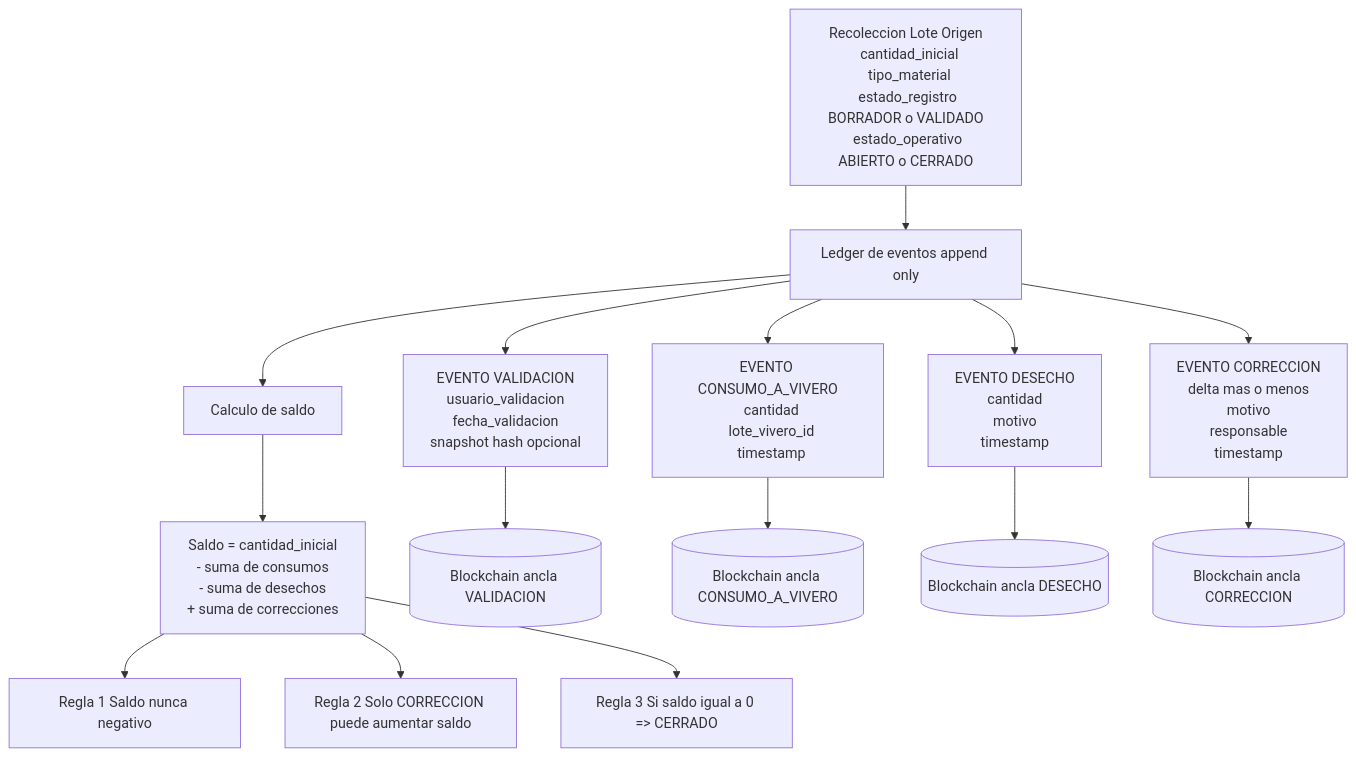
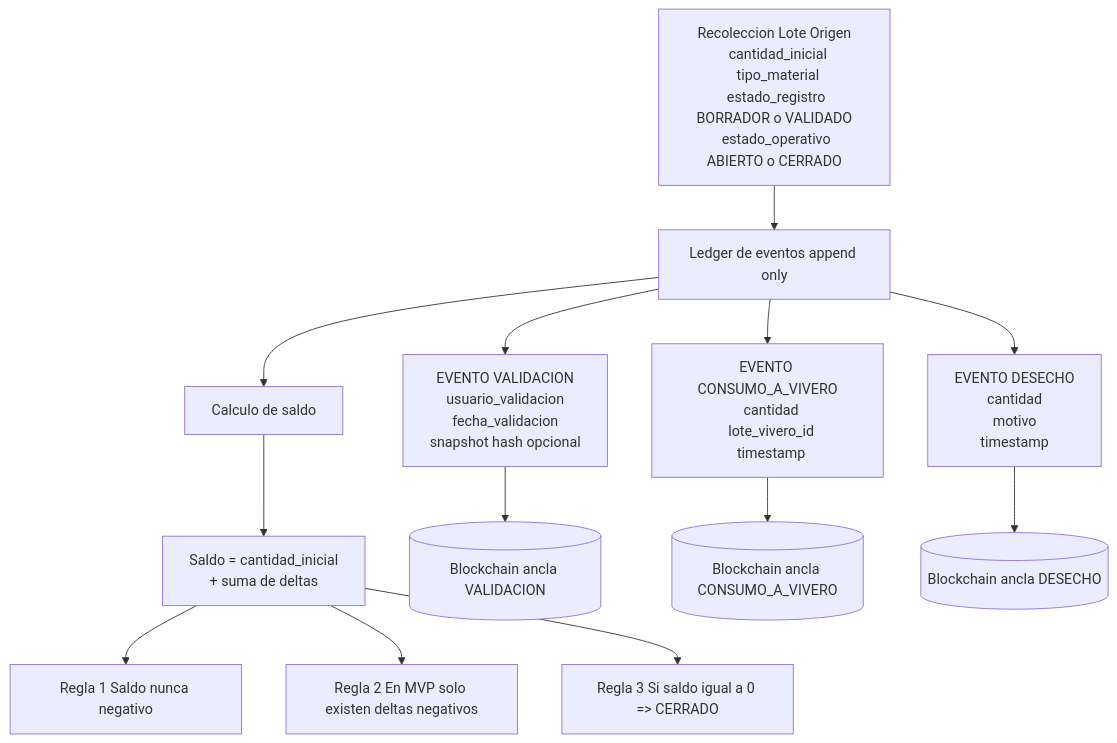
The third of 4 diagrams in recoleccion-module/03_procesos_diagrama.md (R3foresta/r3foresta-docs), drawn with Mermaid before and after one commit. The commit also changed other lines of this file and 8 other files, not shown here.

````diff
--- a/recoleccion-module/03_procesos_diagrama.md
+++ b/recoleccion-module/03_procesos_diagrama.md
@@ -191,46 +160,37 @@
 ```mermaid id="eventos_m1_recoleccion"
 flowchart TD
   a0[Recoleccion Lote Origen
   cantidad_inicial
   tipo_material
   estado_registro BORRADOR o VALIDADO
   estado_operativo ABIERTO o CERRADO] --> a1[Ledger de eventos append only]
 
   a1 --> e1[EVENTO VALIDACION
   usuario_validacion
   fecha_validacion
   snapshot hash opcional]
 
   a1 --> e2[EVENTO CONSUMO_A_VIVERO
   cantidad
   lote_vivero_id
   timestamp]
 
   a1 --> e3[EVENTO DESECHO
   cantidad
   motivo
   timestamp]
 
-  a1 --> e4[EVENTO CORRECCION
-  delta mas o menos
-  motivo
-  responsable
-  timestamp]
-
   %% Reglas de saldo
   a1 --> calc[Calculo de saldo]
   calc --> formula[Saldo = cantidad_inicial
-  - suma de consumos
-  - suma de desechos
-  + suma de correcciones]
+  + suma de deltas]
 
   formula --> rule1[Regla 1 Saldo nunca negativo]
-  formula --> rule2[Regla 2 Solo CORRECCION puede aumentar saldo]
+  formula --> rule2[Regla 2 En MVP solo existen deltas negativos]
   formula --> rule3[Regla 3 Si saldo igual a 0 => CERRADO]
 
   %% Blockchain MVP
   e1 --> bc1[(Blockchain ancla VALIDACION)]
   e2 --> bc2[(Blockchain ancla CONSUMO_A_VIVERO)]
   e3 --> bc3[(Blockchain ancla DESECHO)]
-  e4 --> bc4[(Blockchain ancla CORRECCION)]
 ```
````
